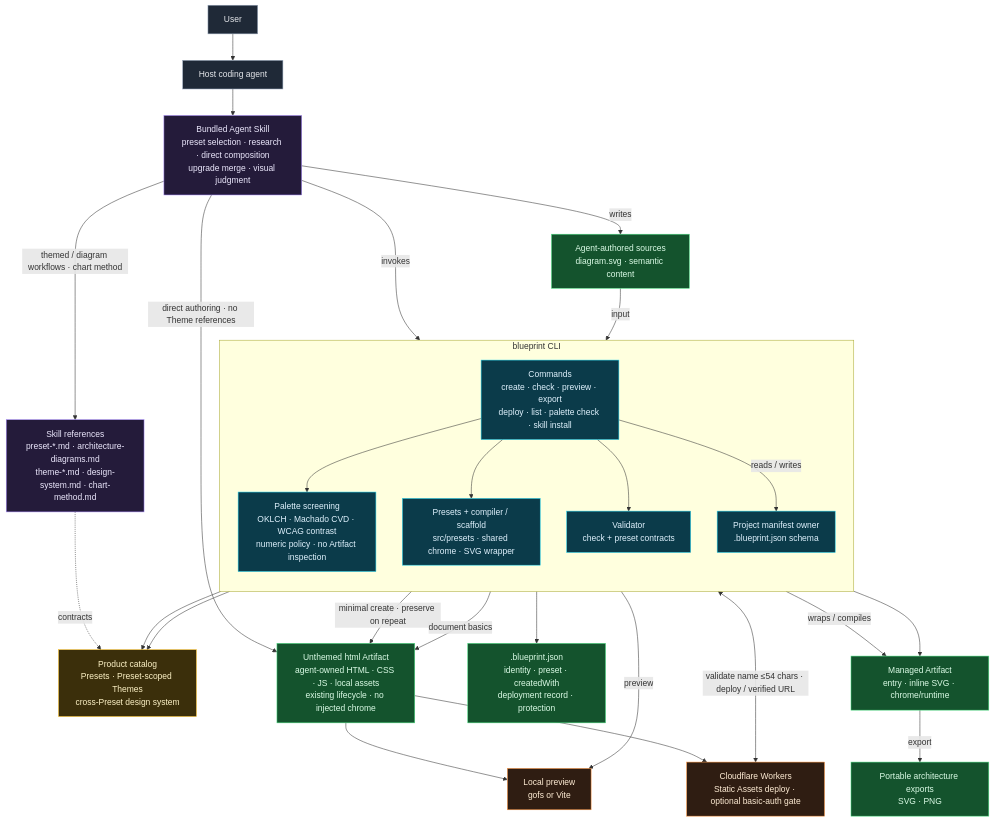
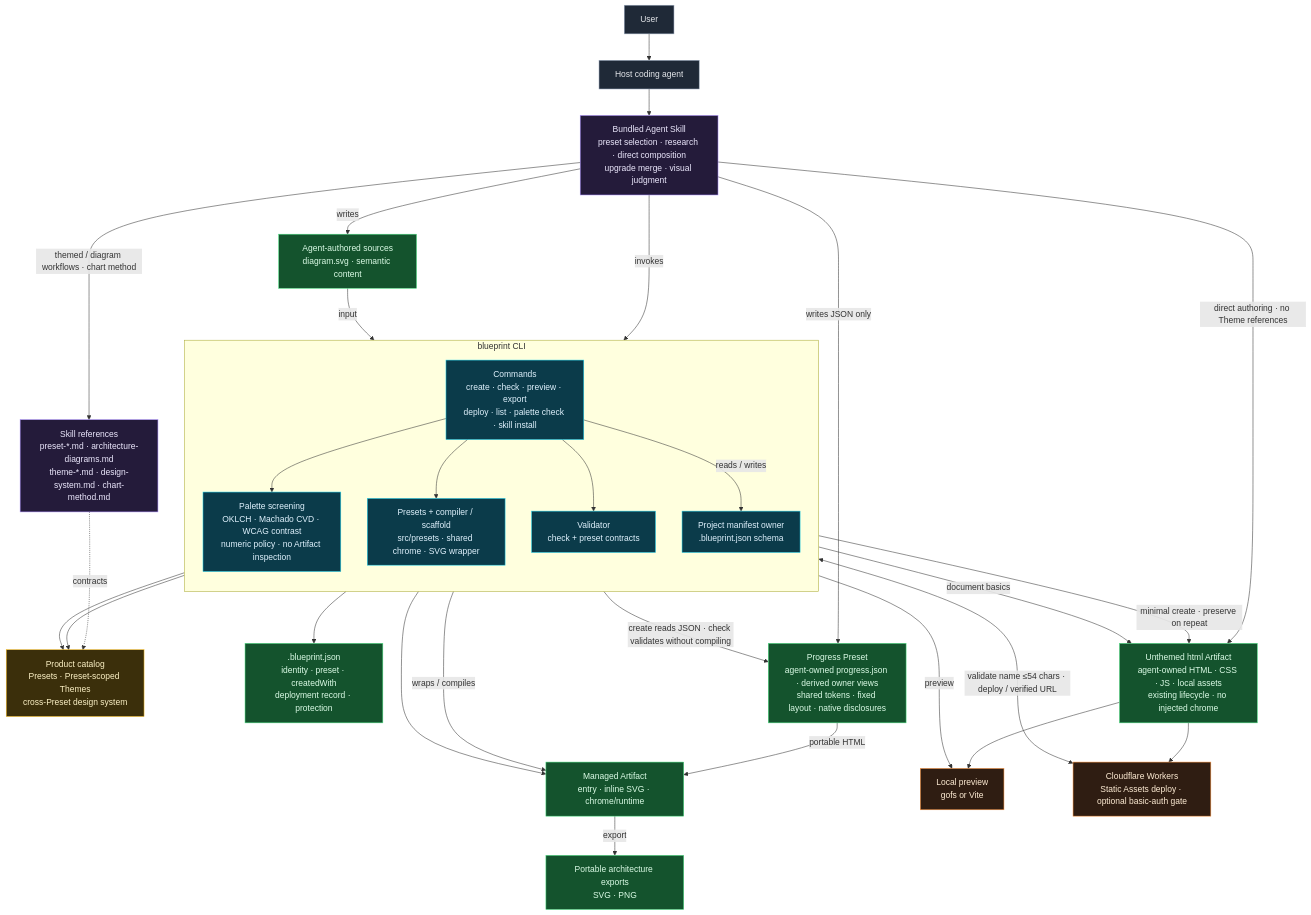
One commit to samzong/blueprint changed the diagram in docs/architecture/live/blueprint.mmd. Above: the diagram before and after it, drawn with Mermaid. The commit also changed 18 other files, not shown here.

First line of the commit message:
feat(progress): add compact owner progress pages (#31)

```diff
--- a/docs/architecture/live/blueprint.mmd
+++ b/docs/architecture/live/blueprint.mmd
@@ -1,62 +1,66 @@
 %% blueprint — CLI + Agent Skill architecture
 %% Single source of truth for this repository's system boundary.
 %% UPDATE THIS FILE in the same change whenever the architecture changes.
 %% See README.md in this directory.
 flowchart TB
     classDef actor fill:#1f2937,stroke:#94a3b8,stroke-width:1px,color:#e5e7eb
     classDef skill fill:#241b3a,stroke:#a78bfa,stroke-width:1px,color:#ede9fe
     classDef cli fill:#0b3b4a,stroke:#22d3ee,stroke-width:1px,color:#e0f2fe
     classDef catalog fill:#3b2f0b,stroke:#fbbf24,stroke-width:1px,color:#fef3c7
     classDef artifact fill:#14532d,stroke:#4ade80,stroke-width:1px,color:#dcfce7
     classDef external fill:#2f1d12,stroke:#fb923c,stroke-width:1px,color:#ffedd5
 
     User["User"]:::actor
     Agent["Host coding agent"]:::actor
 
     Skill["Bundled Agent Skill<br/>preset selection · research · direct composition<br/>upgrade merge · visual judgment"]:::skill
     Refs["Skill references<br/>preset-*.md · architecture-diagrams.md<br/>theme-*.md · design-system.md · chart-method.md"]:::skill
 
     subgraph CLI["blueprint CLI"]
         direction TB
         Commands["Commands<br/>create · check · preview · export<br/>deploy · list · palette check · skill install"]:::cli
         Compiler["Presets + compiler / scaffold<br/>src/presets · shared chrome · SVG wrapper"]:::cli
         Validator["Validator<br/>check + preset contracts"]:::cli
         Palette["Palette screening<br/>OKLCH · Machado CVD · WCAG contrast<br/>numeric policy · no Artifact inspection"]:::cli
         Commands --> Palette
         Manifest["Project manifest owner<br/>.blueprint.json schema"]:::cli
         Commands --> Compiler
         Commands --> Validator
         Commands -->|"reads / writes"| Manifest
     end
 
     Catalog["Product catalog<br/>Presets · Preset-scoped Themes<br/>cross-Preset design system"]:::catalog
 
     Sources["Agent-authored sources<br/>diagram.svg · semantic content"]:::artifact
     Artifact["Managed Artifact<br/>entry · inline SVG · chrome/runtime"]:::artifact
     ProjectMeta[".blueprint.json<br/>identity · preset · createdWith<br/>deployment record · protection"]:::artifact
     Html["Unthemed html Artifact<br/>agent-owned HTML · CSS · JS · local assets<br/>existing lifecycle · no injected chrome"]:::artifact
+    Progress["Progress Preset<br/>agent-owned progress.json · derived owner views<br/>shared tokens · fixed layout · native disclosures"]:::artifact
     Portable["Portable architecture exports<br/>SVG · PNG"]:::artifact
 
     Preview["Local preview<br/>gofs or Vite"]:::external
     Wrangler["Cloudflare Workers<br/>Static Assets deploy · optional basic-auth gate"]:::external
 
     User --> Agent
     Agent --> Skill
     Skill -->|"themed / diagram workflows · chart method"| Refs
     Skill -->|"invokes"| Commands
     Skill -->|"writes"| Sources
     Skill -->|"direct authoring · no Theme references"| Html
     Commands -->|"minimal create · preserve on repeat"| Html
     Validator -->|"document basics"| Html
     Html --> Preview
     Html --> Wrangler
     Refs -.->|"contracts"| Catalog
     Compiler --> Catalog
     Validator --> Catalog
     Sources -->|"input"| Compiler
     Compiler -->|"wraps / compiles"| Artifact
+    Skill -->|"writes JSON only"| Progress
+    Commands -->|"create reads JSON · check validates without compiling"| Progress
+    Progress -->|"portable HTML"| Artifact
     Artifact -->|"export"| Portable
     Validator --> Artifact
     Manifest --> ProjectMeta
     Commands -->|"preview"| Preview
     Commands <-->|"validate name ≤54 chars · deploy / verified URL"| Wrangler
```
